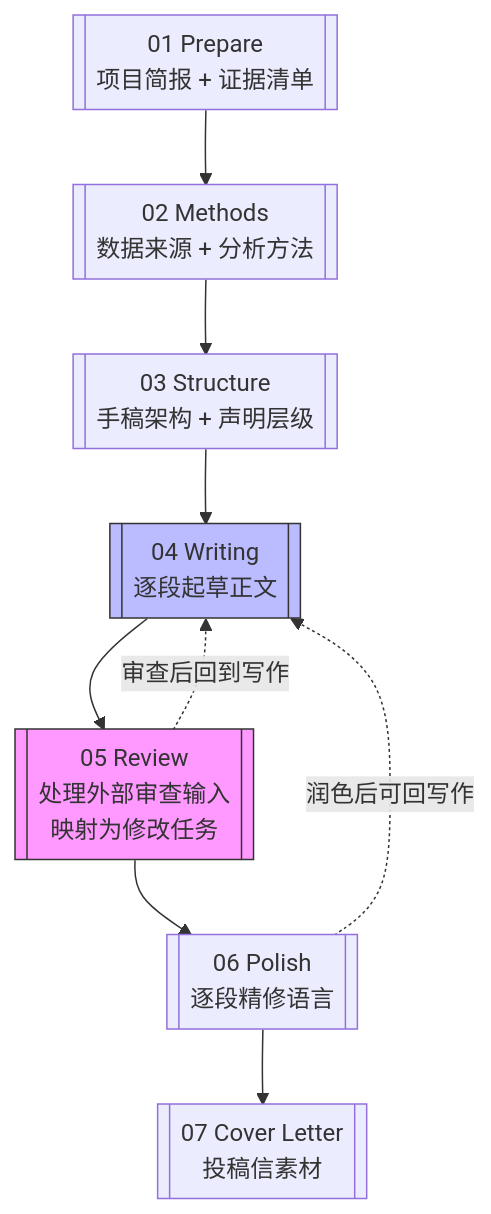
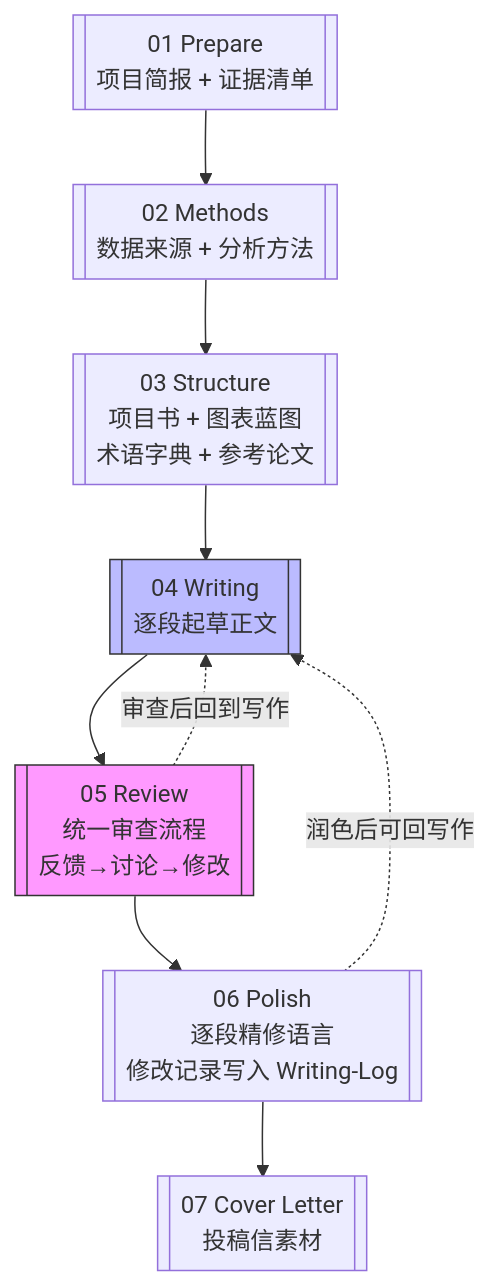
One commit to 441837297/ocean-paper-writer changed the diagram in README.md. Above: the diagram before and after it, drawn with Mermaid. The commit also changed other lines of this file and 13 other files, not shown here.

First line of the commit message:
v1.9.0: 重构 Structure 输出体系，统一 Review 工作流，新增 Session Start 简报与 Journal Prose Benchmark

````diff
--- a/README.md
+++ b/README.md
@@ -74,17 +79,17 @@
 ```mermaid
 flowchart TD
     P[[01 Prepare<br>项目简报 + 证据清单]]
     M[[02 Methods<br>数据来源 + 分析方法]]
-    S[[03 Structure<br>手稿架构 + 声明层级]]
+    S[[03 Structure<br>项目书 + 图表蓝图<br>术语字典 + 参考论文]]
     W[[04 Writing<br>逐段起草正文]]
-    R[[05 Review<br>处理外部审查输入<br>映射为修改任务]]
-    POL[[06 Polish<br>逐段精修语言]]
+    R[[05 Review<br>统一审查流程<br>反馈→讨论→修改]]
+    POL[[06 Polish<br>逐段精修语言<br>修改记录写入 Writing-Log]]
     CL[[07 Cover Letter<br>投稿信素材]]
 
     P --> M --> S --> W --> R --> POL --> CL
     R -.->|审查后回到写作| W
     POL -.->|润色后可回写作| W
 
     style R fill:#f9f,stroke:#333
     style W fill:#bbf,stroke:#333
 ```
````
